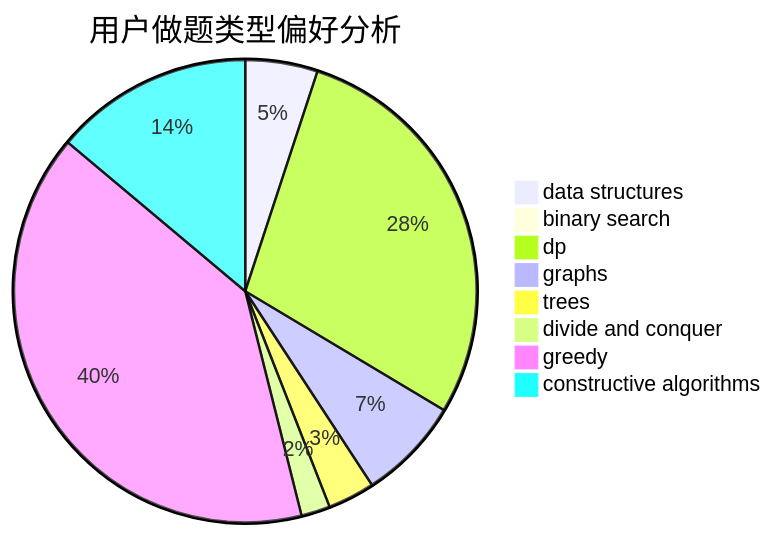
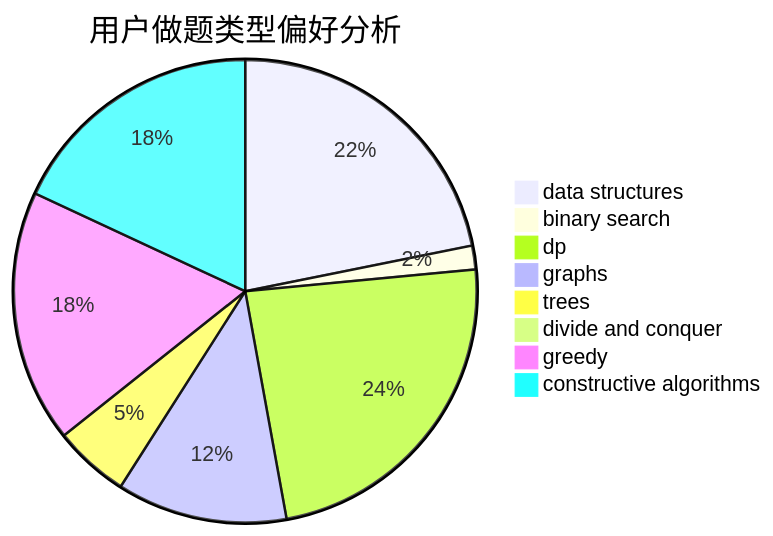
One commit to sherpahu/cfrs.github.io changed the second of 3 diagrams in docs/user/u105.md. Above: the diagram before and after it, drawn with Mermaid. The commit also changed other lines of this file and 2770 other files, not shown here.

````diff
--- a/docs/user/u105.md
+++ b/docs/user/u105.md
@@ -23,11 +23,11 @@
 ```mermaid
 pie title 用户做题类型偏好分析
-    "data structures" :  40
-    "binary search" :  6
-    "dp" :  226
-    "graphs" :  57
-    "trees" :  26
-    "divide and conquer" :  16
-    "greedy" :  317
-    "constructive algorithms" :  110
+    "data structures" :  145
+    "binary search" :  11
+    "dp" :  157
+    "graphs" :  79
+    "trees" :  35
+    "divide and conquer" :  0
+    "greedy" :  117
+    "constructive algorithms" :  120
 ```
````
